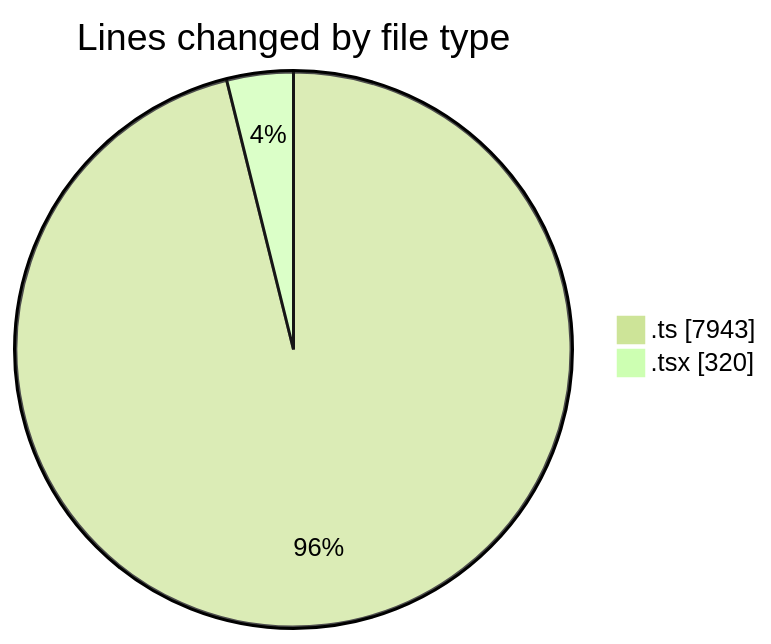
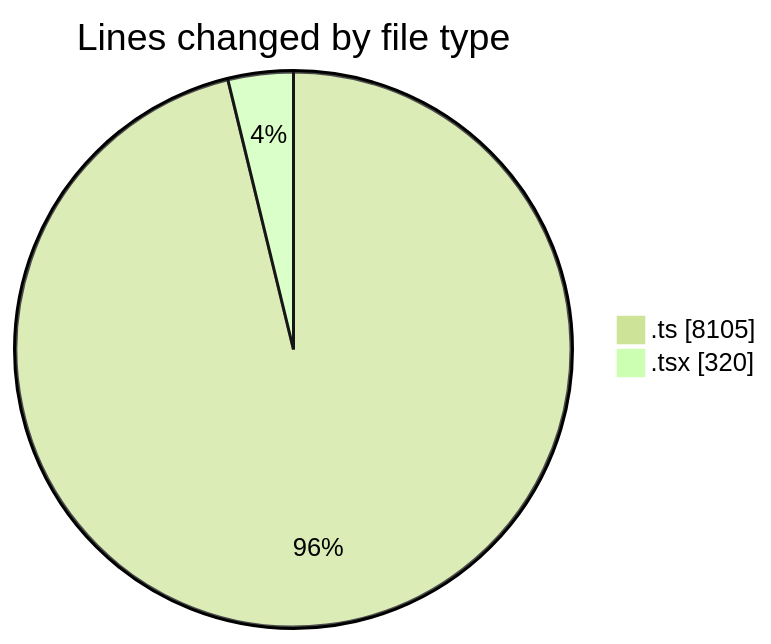
One commit to momahboobian/code-tracking changed the first of 2 diagrams in 2025-08-13/cda/README.md. Above: the diagram before and after it, drawn with Mermaid (forest theme). The commit also changed other lines of this file and 1 other file, not shown here.

````diff
--- a/2025-08-13/cda/README.md
+++ b/2025-08-13/cda/README.md
@@ -23,6 +24,6 @@
 ```mermaid
 pie showData
 title Lines changed by file type
-".ts" : 7943
+".ts" : 8105
 ".tsx" : 320
 ```
````
